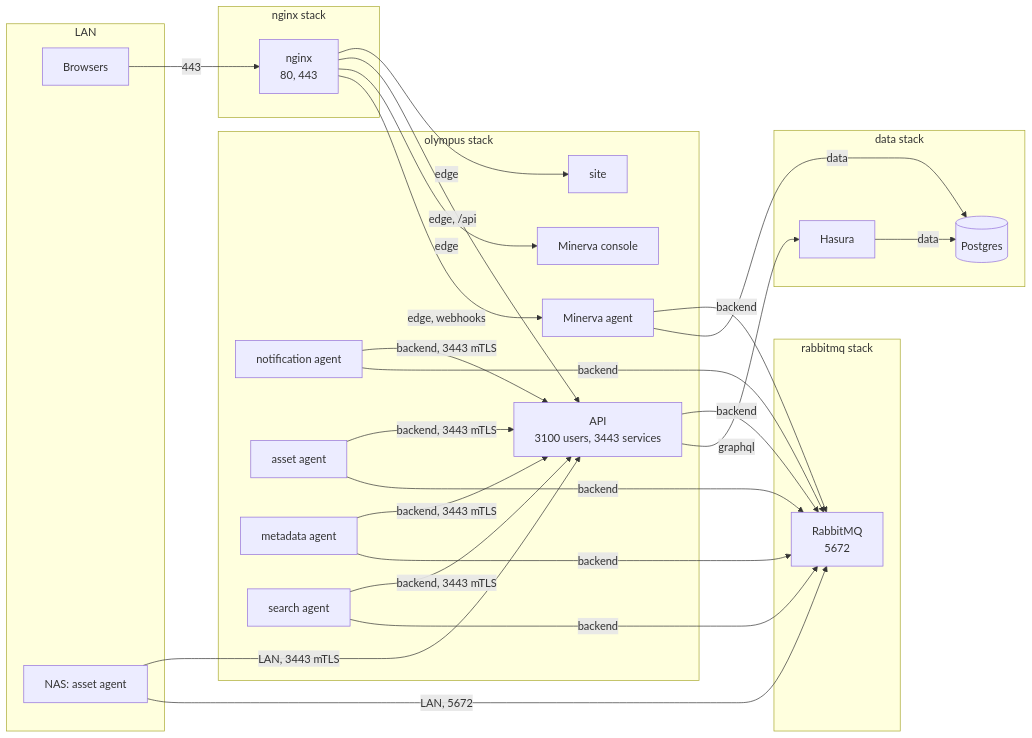
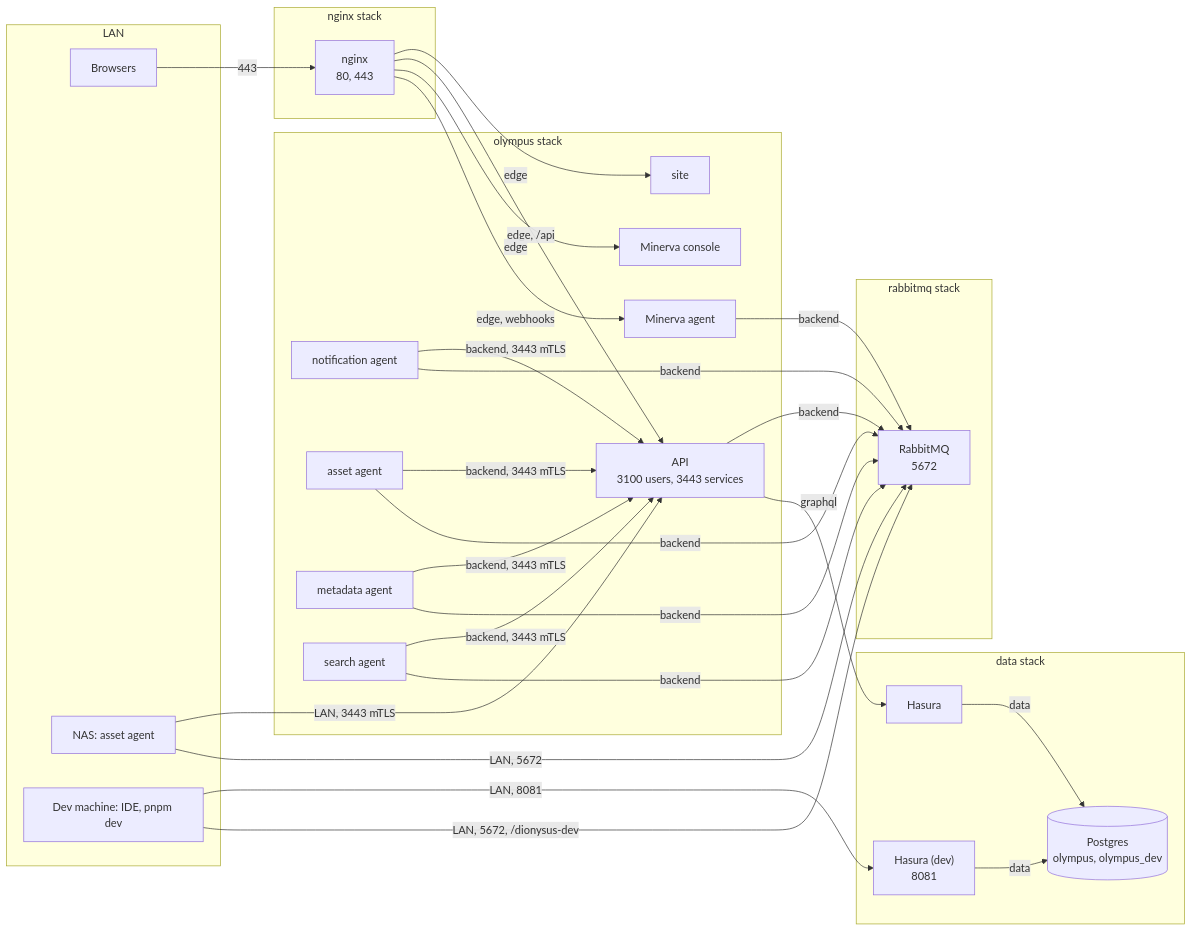
The diagram in docs/decisions/0019-compose-stacks-and-configuration.md (ncfritz/olympus), drawn with Mermaid before and after one commit. The commit also changed other lines of this file and 2 other files, not shown here.

First line of the commit message:
Settle ADR 0019's dev model: hasura-dev in the home lab, a laptop stack

````diff
--- a/docs/decisions/0019-compose-stacks-and-configuration.md
+++ b/docs/decisions/0019-compose-stacks-and-configuration.md
@@ -205,47 +237,51 @@
 ```mermaid
 flowchart LR
   subgraph LAN
     browser["Browsers"]
     nas["NAS: asset agent"]
+    ide["Dev machine: IDE, pnpm dev"]
   end
   subgraph nginxStack["nginx stack"]
     ng["nginx<br/>80, 443"]
   end
   subgraph olympusStack["olympus stack"]
     site["site"]
     api["API<br/>3100 users, 3443 services"]
     console["Minerva console"]
     minerva["Minerva agent"]
     notif["notification agent"]
     asset["asset agent"]
     meta["metadata agent"]
     search["search agent"]
   end
   subgraph dataStack["data stack"]
     hasura["Hasura"]
-    pg[("Postgres")]
+    hasuraDev["Hasura (dev)<br/>8081"]
+    pg[("Postgres<br/>olympus, olympus_dev")]
   end
   subgraph rabbitStack["rabbitmq stack"]
     rabbit["RabbitMQ<br/>5672"]
   end
   browser -->|443| ng
   ng -->|edge| site
   ng -->|"edge, /api"| api
   ng -->|edge| console
   ng -->|"edge, webhooks"| minerva
   notif -->|"backend, 3443 mTLS"| api
   asset -->|"backend, 3443 mTLS"| api
   meta -->|"backend, 3443 mTLS"| api
   search -->|"backend, 3443 mTLS"| api
   api -->|backend| rabbit
   notif -->|backend| rabbit
   asset -->|backend| rabbit
   meta -->|backend| rabbit
   search -->|backend| rabbit
   minerva -->|backend| rabbit
   api -->|graphql| hasura
   hasura -->|data| pg
-  minerva -->|data| pg
+  hasuraDev -->|data| pg
   nas -->|"LAN, 3443 mTLS"| api
   nas -->|"LAN, 5672"| rabbit
+  ide -->|"LAN, 8081"| hasuraDev
+  ide -->|"LAN, 5672, /dionysus-dev"| rabbit
 ```
````
